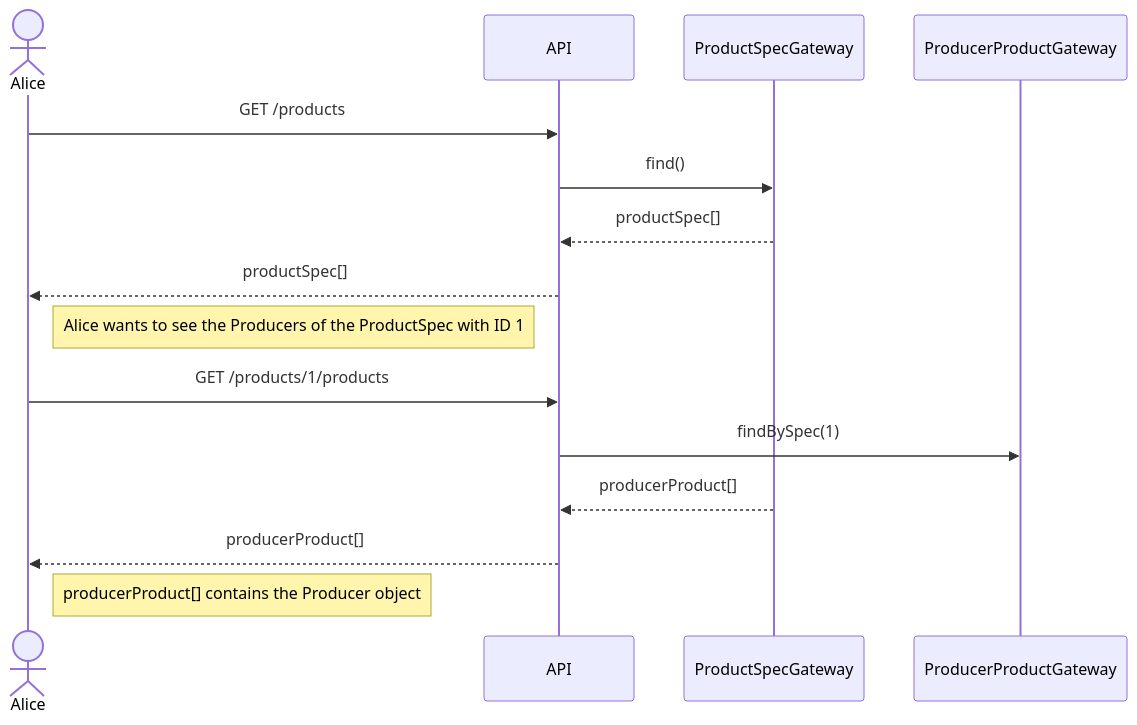
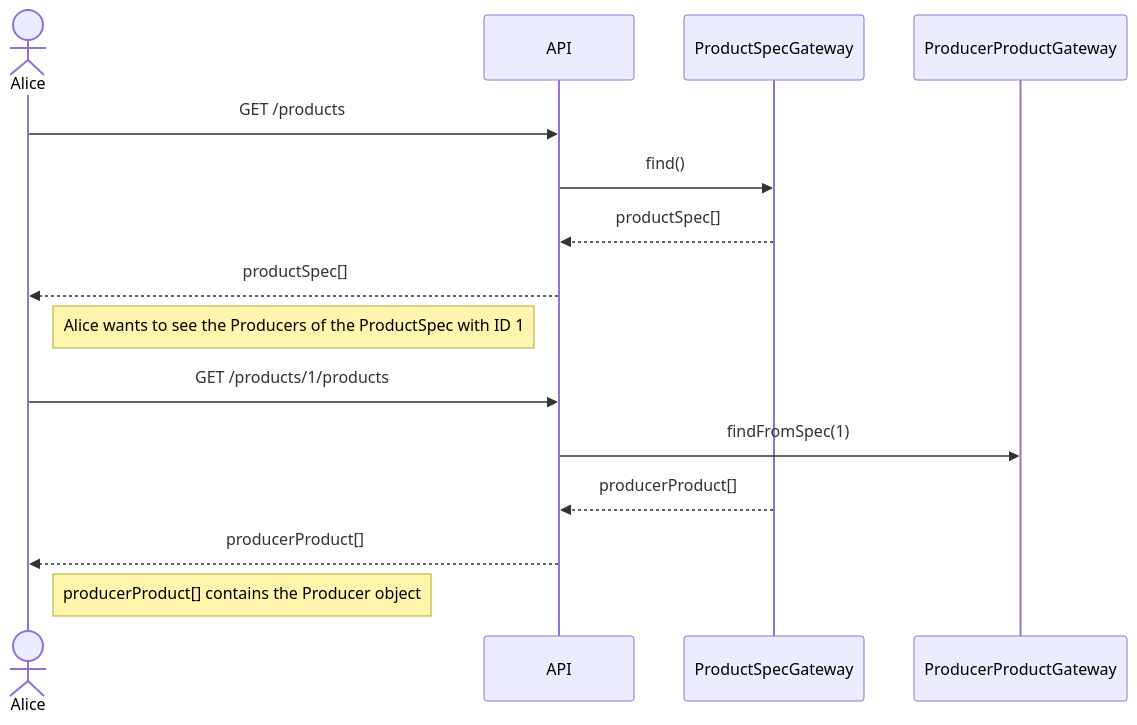
Before and after one commit to hivetown/planning: the second of 32 diagrams in sequence.md, drawn with Mermaid. The commit also changed other lines of this file, not shown here.

````diff
--- a/sequence.md
+++ b/sequence.md
@@ -132,19 +132,19 @@
 ```mermaid
 sequenceDiagram
     actor A as Alice
     participant API
     participant PSG as ProductSpecGateway
     participant PPG as ProducerProductGateway
 
     A ->> API: GET /products
     API ->> PSG: find()
     PSG -->> API: productSpec[]
     API -->> A: productSpec[]
 
     Note right of A: Alice wants to see the Producers of the ProductSpec with ID 1
     A ->> API: GET /products/1/products
-    API ->> PPG: findBySpec(1)
+    API ->> PPG: findFromSpec(1)
     PSG -->> API: producerProduct[]
     API -->> A: producerProduct[]
     Note right of A: producerProduct[] contains the Producer object
 ```
````
